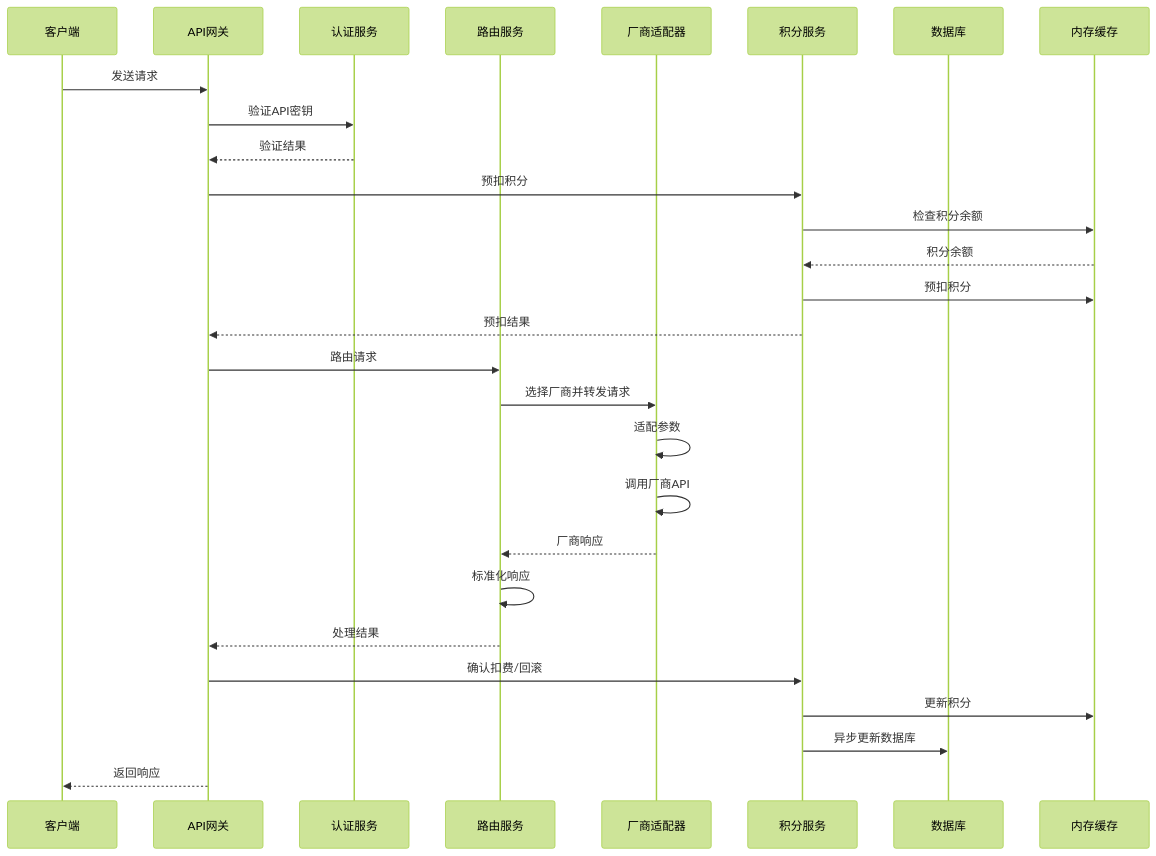
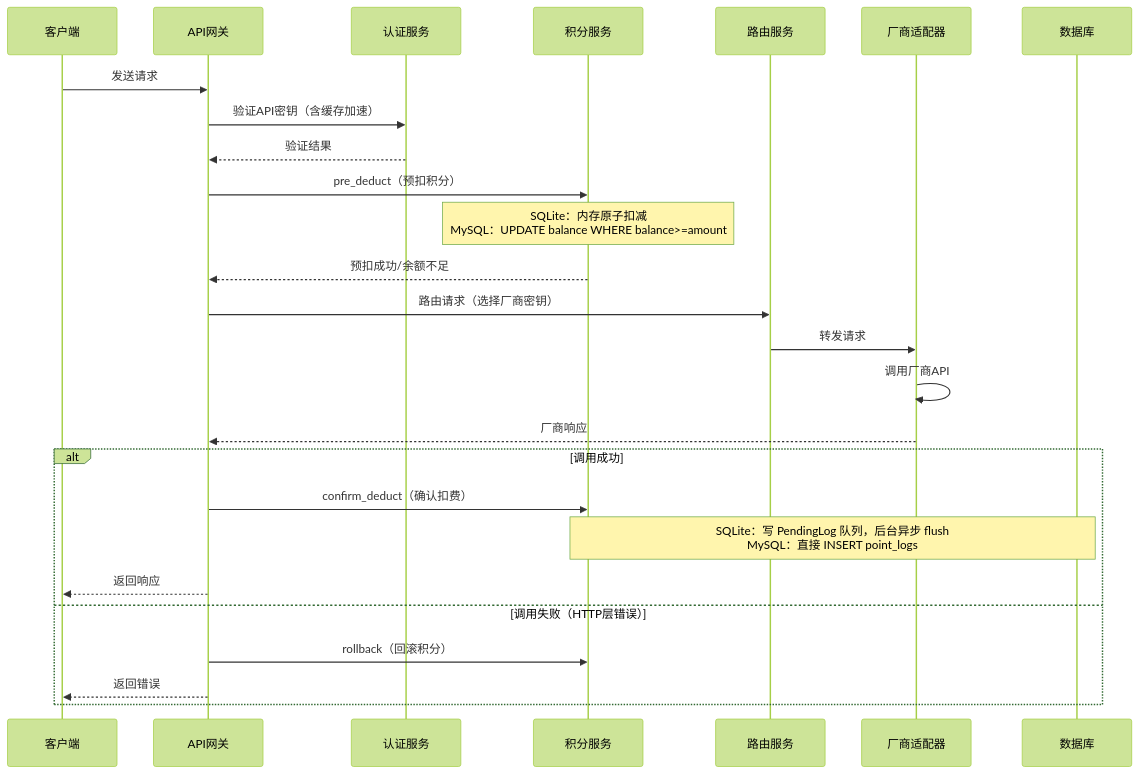
The second of 6 diagrams in tech-doc.md (wang001/codingPlanShare), drawn with Mermaid (forest theme) before and after one commit. The commit also changed other lines of this file, not shown here.

````diff
--- a/tech-doc.md
+++ b/tech-doc.md
@@ -109,31 +112,29 @@
 ```mermaid
 sequenceDiagram
     participant Client as 客户端
     participant API as API网关
     participant Auth as 认证服务
+    participant Points as 积分服务
     participant Router as 路由服务
     participant Provider as 厂商适配器
-    participant Points as 积分服务
     participant DB as 数据库
-    participant Cache as 内存缓存
 
     Client->>API: 发送请求
-    API->>Auth: 验证API密钥
+    API->>Auth: 验证API密钥（含缓存加速）
     Auth-->>API: 验证结果
-    API->>Points: 预扣积分
-    Points->>Cache: 检查积分余额
-    Cache-->>Points: 积分余额
-    Points->>Cache: 预扣积分
-    Points-->>API: 预扣结果
-    API->>Router: 路由请求
-    Router->>Provider: 选择厂商并转发请求
-    Provider->>Provider: 适配参数
+    API->>Points: pre_deduct（预扣积分）
+    Note over Points: SQLite：内存原子扣减<br/>MySQL：UPDATE balance WHERE balance>=amount
+    Points-->>API: 预扣成功/余额不足
+    API->>Router: 路由请求（选择厂商密钥）
+    Router->>Provider: 转发请求
     Provider->>Provider: 调用厂商API
-    Provider-->>Router: 厂商响应
-    Router->>Router: 标准化响应
-    Router-->>API: 处理结果
-    API->>Points: 确认扣费/回滚
-    Points->>Cache: 更新积分
-    Points->>DB: 异步更新数据库
-    API-->>Client: 返回响应
+    Provider-->>API: 厂商响应
+    alt 调用成功
+        API->>Points: confirm_deduct（确认扣费）
+        Note over Points,DB: SQLite：写 PendingLog 队列，后台异步 flush<br/>MySQL：直接 INSERT point_logs
+        API-->>Client: 返回响应
+    else 调用失败（HTTP层错误）
+        API->>Points: rollback（回滚积分）
+        API-->>Client: 返回错误
+    end
 ```
````
